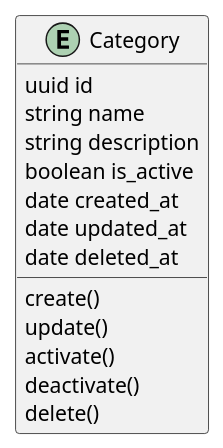
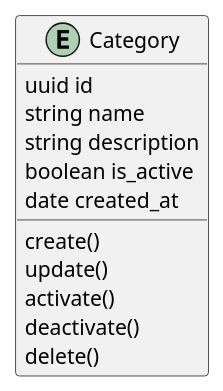
One commit to cvieira850/micro-videos-typescript changed the diagram in uml/classes/class-diagram.wsd. Above: the diagram before and after it, drawn with PlantUML. The commit also changed 8 other files, not shown here.

```diff
--- a/uml/classes/class-diagram.wsd
+++ b/uml/classes/class-diagram.wsd
@@ -1,19 +1,17 @@
 @startuml
 
 entity Category
 
 Category : uuid id
 Category : string name
 Category : string description
 Category : boolean is_active
 Category : date created_at
-Category : date updated_at
-Category : date deleted_at
 
 Category : create()
 Category : update()
 Category : activate()
 Category : deactivate()
 Category : delete()
 
 @enduml
```
